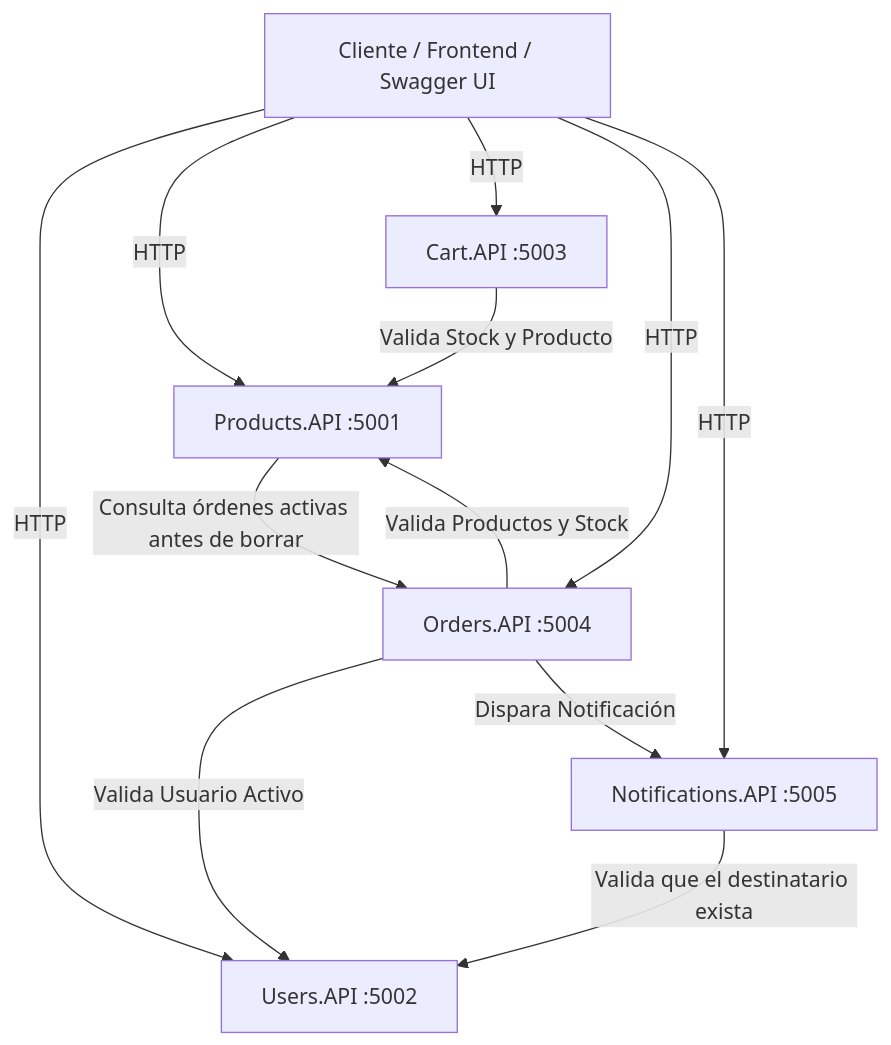
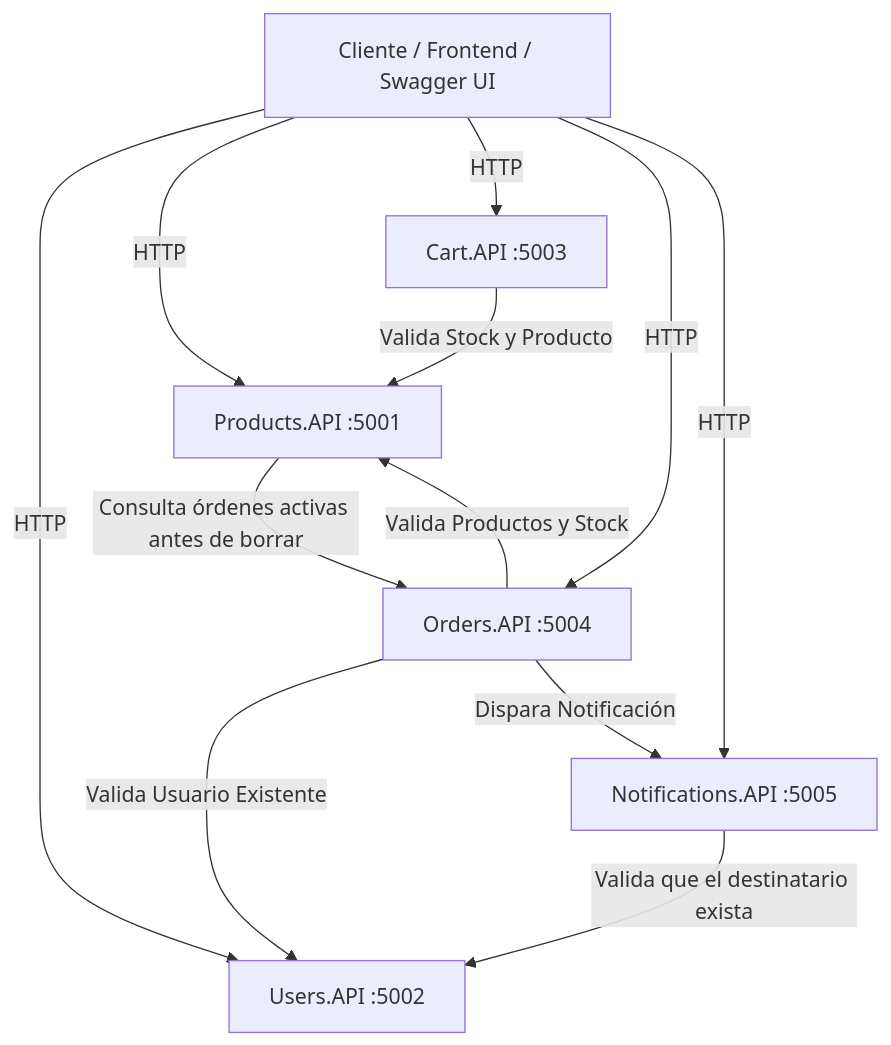
The diagram in README.md (rodriips/TP-Microservicios-ECommerce-Grupo8), drawn with Mermaid before and after one commit.

Commit message:
docs(readme): Orders solo valida que el usuario exista
En el diagrama de arquitectura, la flecha de Orders hacia Users decía "Valida Usuario Activo". Orders.API solo verifica que el usuario exista (ORD-003, usuario no encontrado), así que se cambia a "Valida Usuario Existente".

````diff
--- a/README.md
+++ b/README.md
@@ -19,15 +19,15 @@
 ```mermaid
 graph TD
     Client[Cliente / Frontend / Swagger UI] -->|HTTP| UsersAPI[Users.API :5002]
     Client -->|HTTP| ProductsAPI[Products.API :5001]
     Client -->|HTTP| CartAPI[Cart.API :5003]
     Client -->|HTTP| OrdersAPI[Orders.API :5004]
     Client -->|HTTP| NotificationsAPI[Notifications.API :5005]
 
     CartAPI -->|Valida Stock y Producto| ProductsAPI
-    OrdersAPI -->|Valida Usuario Activo| UsersAPI
+    OrdersAPI -->|Valida Usuario Existente| UsersAPI
     OrdersAPI -->|Valida Productos y Stock| ProductsAPI
     OrdersAPI -->|Dispara Notificación| NotificationsAPI
     ProductsAPI -->|Consulta órdenes activas antes de borrar| OrdersAPI
     NotificationsAPI -->|Valida que el destinatario exista| UsersAPI
 ```
````
